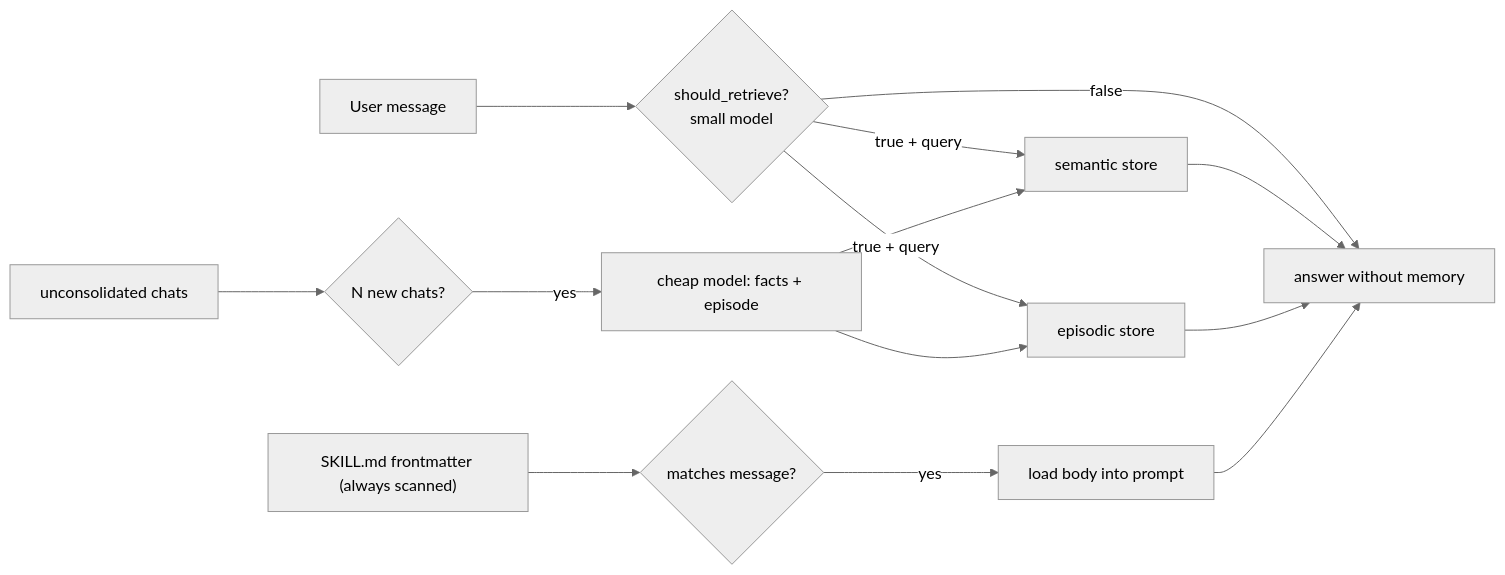
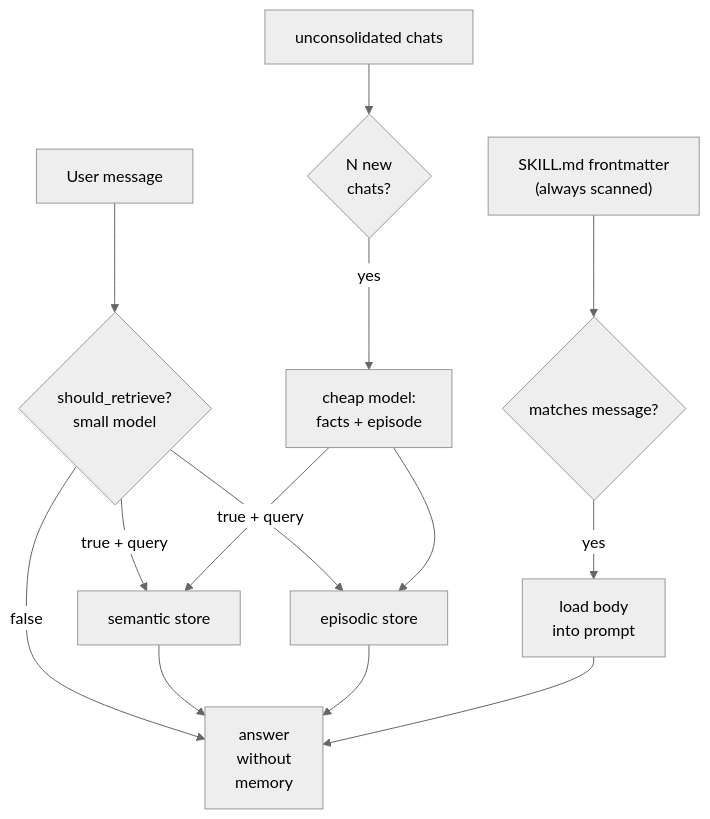
Before and after one commit to neoneye/agent-memory-atlas: the diagram in content/systems/waku-agent.md, drawn with Mermaid (neutral theme). The commit also changed 99 other files, not shown here.

First line of the commit message:
Reshape the remaining 49 diagrams so their labels are legible

````diff
--- a/content/systems/waku-agent.md
+++ b/content/systems/waku-agent.md
@@ -86,16 +86,16 @@
 ```mermaid
-flowchart LR
+flowchart TD
   Msg["User message"] --> Gate{"should_retrieve?<br/>small model"}
-  Gate -->|false| Answer["answer without memory"]
+  Gate -->|false| Answer["answer<br/>without<br/>memory"]
   Gate -->|"true + query"| Sem["semantic store"]
   Gate -->|"true + query"| Epi["episodic store"]
   Sem --> Answer
   Epi --> Answer
-  Skills["SKILL.md frontmatter (always scanned)"] --> Match{"matches message?"}
-  Match -->|yes| Body["load body into prompt"]
+  Skills["SKILL.md frontmatter<br/>(always scanned)"] --> Match{"matches message?"}
+  Match -->|yes| Body["load body<br/>into prompt"]
   Body --> Answer
-  Chats["unconsolidated chats"] --> N{"N new chats?"}
-  N -->|yes| Cons["cheap model: facts + episode"]
+  Chats["unconsolidated chats"] --> N{"N new<br/>chats?"}
+  N -->|yes| Cons["cheap model:<br/>facts + episode"]
   Cons --> Sem
   Cons --> Epi
 ```
````
